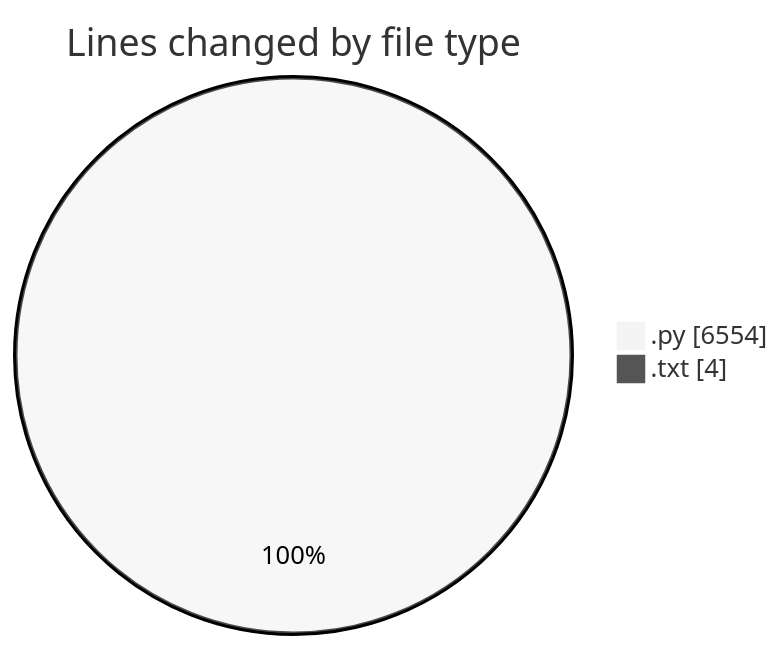
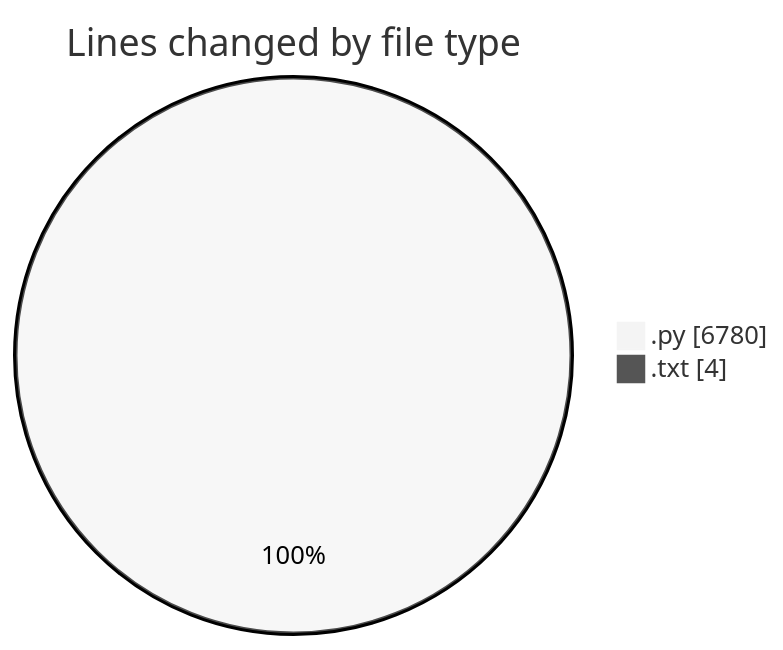
Before and after one commit to CELIANVF/code-tracking: the first of 2 diagrams in 2025-06-01/video_app/README.md, drawn with Mermaid (neutral theme). The commit also changed other lines of this file and 1 other file, not shown here.

````diff
--- a/2025-06-01/video_app/README.md
+++ b/2025-06-01/video_app/README.md
@@ -29,6 +29,6 @@
 ```mermaid
 pie showData
 title Lines changed by file type
-".py" : 6554
+".py" : 6780
 ".txt" : 4
 ```
````
